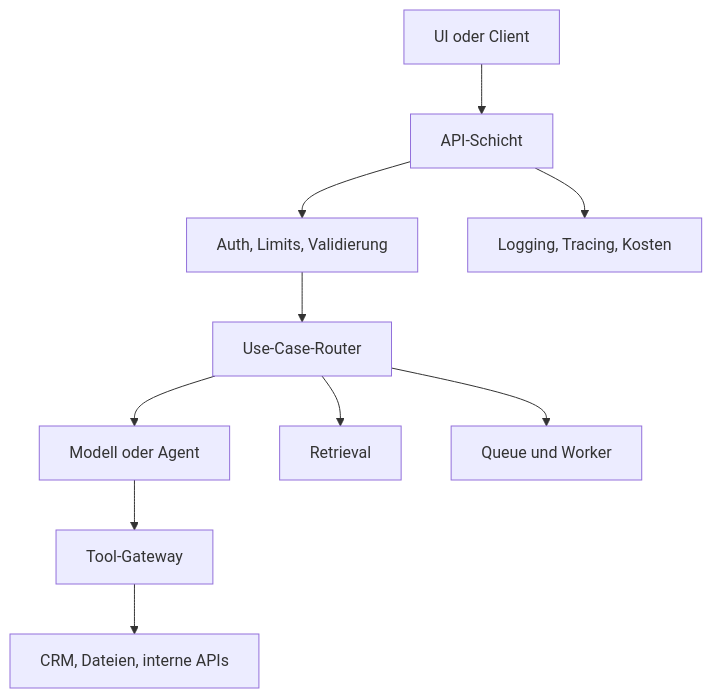
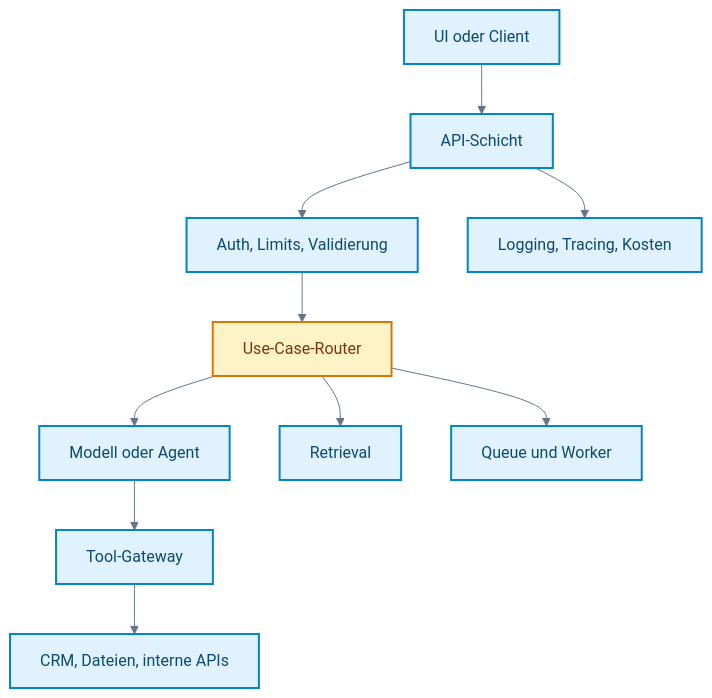
Before and after one commit to ralf-42/GenAI: the diagram in docs/10-deployment/middleware-integrationsschicht.md, drawn with Mermaid. The commit also changed 25 other files, not shown here.

````diff
--- a/docs/10-deployment/middleware-integrationsschicht.md
+++ b/docs/10-deployment/middleware-integrationsschicht.md
@@ -76,12 +76,34 @@
 ```mermaid
+---
+config:
+  theme: base
+  look: classic
+  themeVariables:
+    primaryColor: '#e0f2fe'
+    primaryBorderColor: '#0284c7'
+    primaryTextColor: '#1e293b'
+    lineColor: '#64748b'
+    clusterBkg: '#f8fafc'
+    clusterBorder: '#cbd5e1'
+    noteBkgColor: '#fef3c7'
+    noteBorderColor: '#d97706'
+    noteTextColor: '#78350f'
+    edgeLabelBackground: '#ffffff'
+---
+
 flowchart TD
     UI[UI oder Client] --> API[API-Schicht]
     API --> AUTH[Auth, Limits, Validierung]
     AUTH --> ROUTER[Use-Case-Router]
     ROUTER --> LLM[Modell oder Agent]
     ROUTER --> RAG[Retrieval]
     LLM --> GATEWAY[Tool-Gateway]
     GATEWAY --> SYSTEMS[CRM, Dateien, interne APIs]
     API --> LOGS[Logging, Tracing, Kosten]
     ROUTER --> QUEUE[Queue und Worker]
+
+%% Funktionsfarben nach Mermaid_Best_Practices.md
+classDef default fill:#e0f2fe,stroke:#0284c7,stroke-width:2px,color:#0c4a6e;
+classDef metric fill:#fef3c7,stroke:#d97706,stroke-width:2px,color:#78350f;
+class ROUTER metric;
 ```
````
